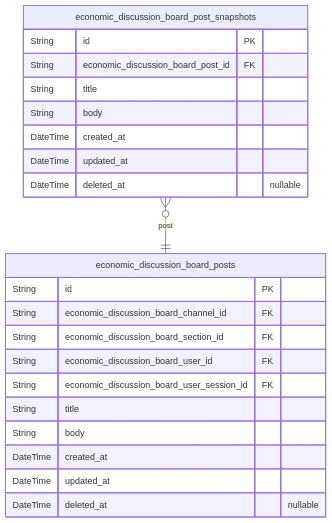
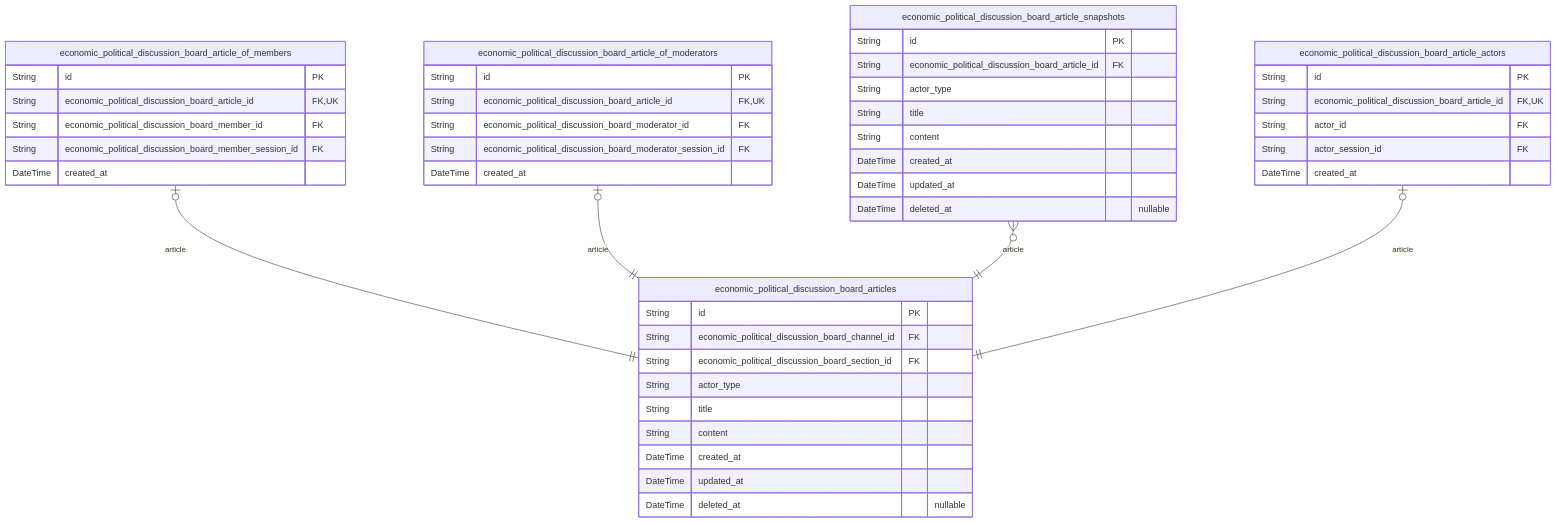
Before and after one commit to wrtnlabs/autobe-examples: the third of 5 diagrams in mistralai/codestral-2508/bbs/docs/ERD.md, drawn with Mermaid. The commit also changed other lines of this file and 7173 other files, not shown here.

````diff
--- a/mistralai/codestral-2508/bbs/docs/ERD.md
+++ b/mistralai/codestral-2508/bbs/docs/ERD.md
@@ -220,25 +326,49 @@
 ```mermaid
 erDiagram
-"economic_discussion_board_posts" {
+"economic_political_discussion_board_articles" {
   String id PK
-  String economic_discussion_board_channel_id FK
-  String economic_discussion_board_section_id FK
-  String economic_discussion_board_user_id FK
-  String economic_discussion_board_user_session_id FK
+  String economic_political_discussion_board_channel_id FK
+  String economic_political_discussion_board_section_id FK
+  String actor_type
   String title
-  String body
+  String content
   DateTime created_at
   DateTime updated_at
   DateTime deleted_at "nullable"
 }
-"economic_discussion_board_post_snapshots" {
+"economic_political_discussion_board_article_of_members" {
   String id PK
-  String economic_discussion_board_post_id FK
+  String economic_political_discussion_board_article_id FK,UK
+  String economic_political_discussion_board_member_id FK
+  String economic_political_discussion_board_member_session_id FK
+  DateTime created_at
+}
+"economic_political_discussion_board_article_of_moderators" {
+  String id PK
+  String economic_political_discussion_board_article_id FK,UK
+  String economic_political_discussion_board_moderator_id FK
+  String economic_political_discussion_board_moderator_session_id FK
+  DateTime created_at
+}
+"economic_political_discussion_board_article_snapshots" {
+  String id PK
+  String economic_political_discussion_board_article_id FK
+  String actor_type
   String title
-  String body
+  String content
   DateTime created_at
   DateTime updated_at
   DateTime deleted_at "nullable"
 }
-"economic_discussion_board_post_snapshots" }o--|| "economic_discussion_board_posts" : post
+"economic_political_discussion_board_article_actors" {
+  String id PK
+  String economic_political_discussion_board_article_id FK,UK
+  String actor_id FK
+  String actor_session_id FK
+  DateTime created_at
+}
+"economic_political_discussion_board_article_of_members" |o--|| "economic_political_discussion_board_articles" : article
+"economic_political_discussion_board_article_of_moderators" |o--|| "economic_political_discussion_board_articles" : article
+"economic_political_discussion_board_article_snapshots" }o--|| "economic_political_discussion_board_articles" : article
+"economic_political_discussion_board_article_actors" |o--|| "economic_political_discussion_board_articles" : article
 ```
````
